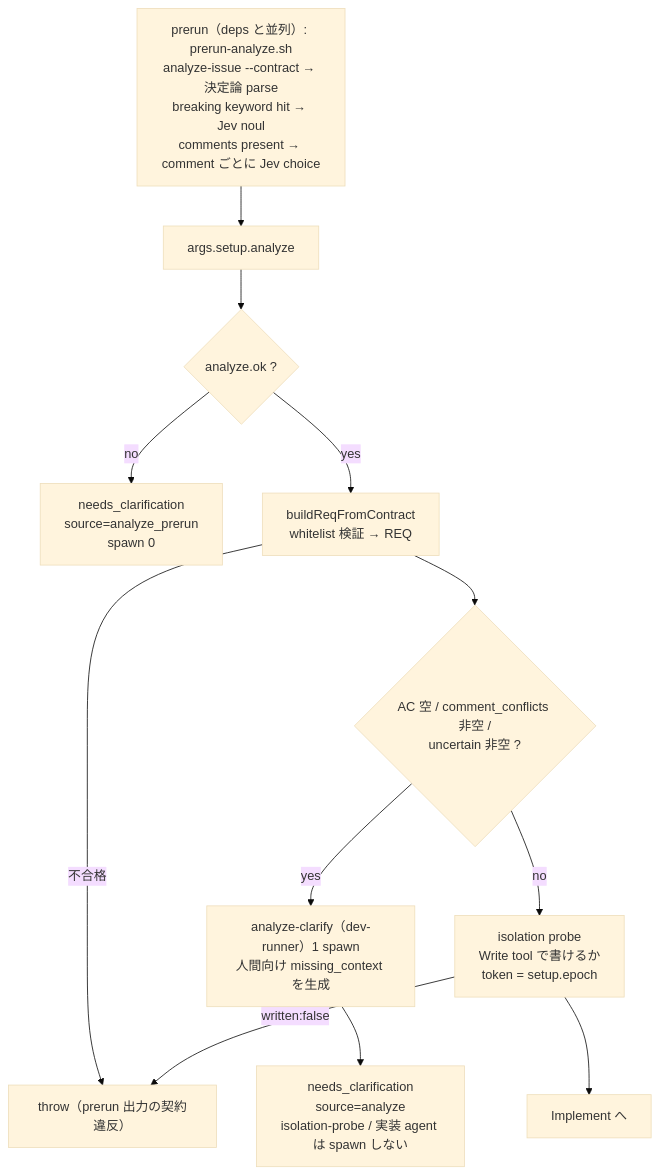
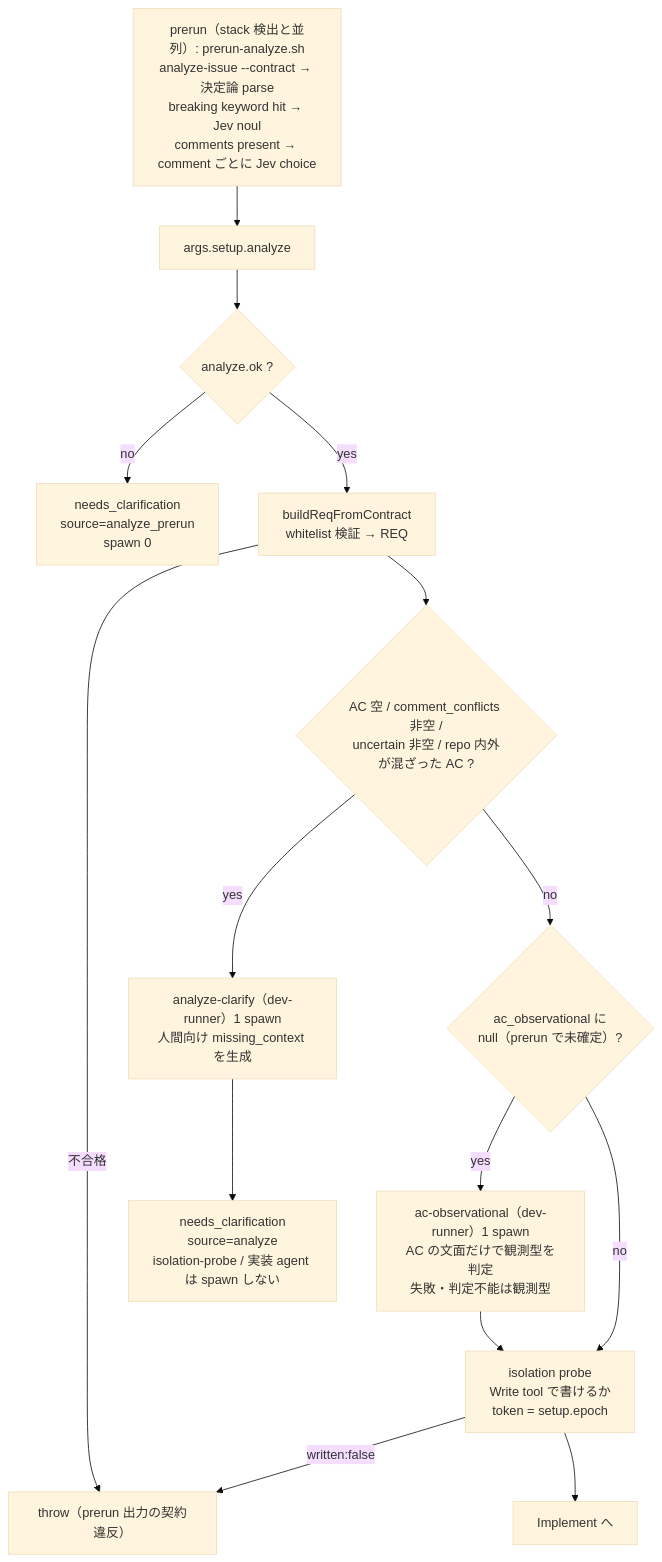
The third of 13 diagrams in docs/dev-flow-atlas.md (it-all-playpark/skills), drawn with Mermaid (base theme) before and after one commit. The commit also changed other lines of this file and 6 other files, not shown here.

First line of the commit message:
docs(dev-flow): atlas / pipeline / rules / AGENTS.md の記述が実装より古い（prerun・HOLD 条件・終端 status・LITE 条件ほか） (#897) (#918)

````diff
--- a/docs/dev-flow-atlas.md
+++ b/docs/dev-flow-atlas.md
@@ -91,14 +95,17 @@
 ```mermaid
 flowchart TD
-    PA["prerun（deps と並列）: prerun-analyze.sh<br/>analyze-issue --contract → 決定論 parse<br/>breaking keyword hit → Jev noul<br/>comments present → comment ごとに Jev choice"] --> IN["args.setup.analyze"]
+    PA["prerun（stack 検出と並列）: prerun-analyze.sh<br/>analyze-issue --contract → 決定論 parse<br/>breaking keyword hit → Jev noul<br/>comments present → comment ごとに Jev choice"] --> IN["args.setup.analyze"]
     IN --> A0{"analyze.ok ?"}
     A0 -->|no| NC["needs_clarification<br/>source=analyze_prerun<br/>spawn 0"]
     A0 -->|yes| A1["buildReqFromContract<br/>whitelist 検証 → REQ"]
     A1 -->|"不合格"| AB["throw（prerun 出力の契約違反）"]
-    A1 --> A2{"AC 空 / comment_conflicts 非空 /<br/>uncertain 非空 ?"}
+    A1 --> A2{"AC 空 / comment_conflicts 非空 /<br/>uncertain 非空 / repo 内外が混ざった AC ?"}
     A2 -->|yes| A3["analyze-clarify（dev-runner）1 spawn<br/>人間向け missing_context を生成"]
     A3 --> NC2["needs_clarification<br/>source=analyze<br/>isolation-probe / 実装 agent は spawn しない"]
-    A2 -->|no| A4["isolation probe<br/>Write tool で書けるか<br/>token = setup.epoch"]
+    A2 -->|no| AO{"ac_observational に<br/>null（prerun で未確定）?"}
+    AO -->|yes| AOA["ac-observational（dev-runner）1 spawn<br/>AC の文面だけで観測型を判定<br/>失敗・判定不能は観測型"]
+    AOA --> A4
+    AO -->|no| A4["isolation probe<br/>Write tool で書けるか<br/>token = setup.epoch"]
     A4 -->|"written:false"| AB
     A4 --> OUT["Implement へ"]
 ```
````
